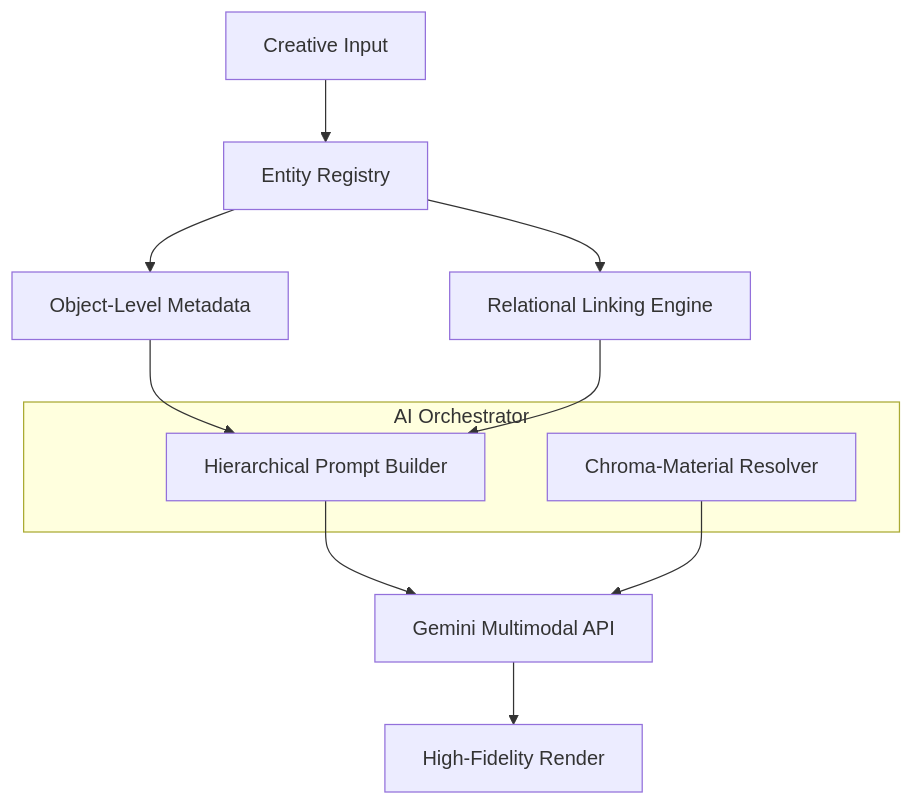
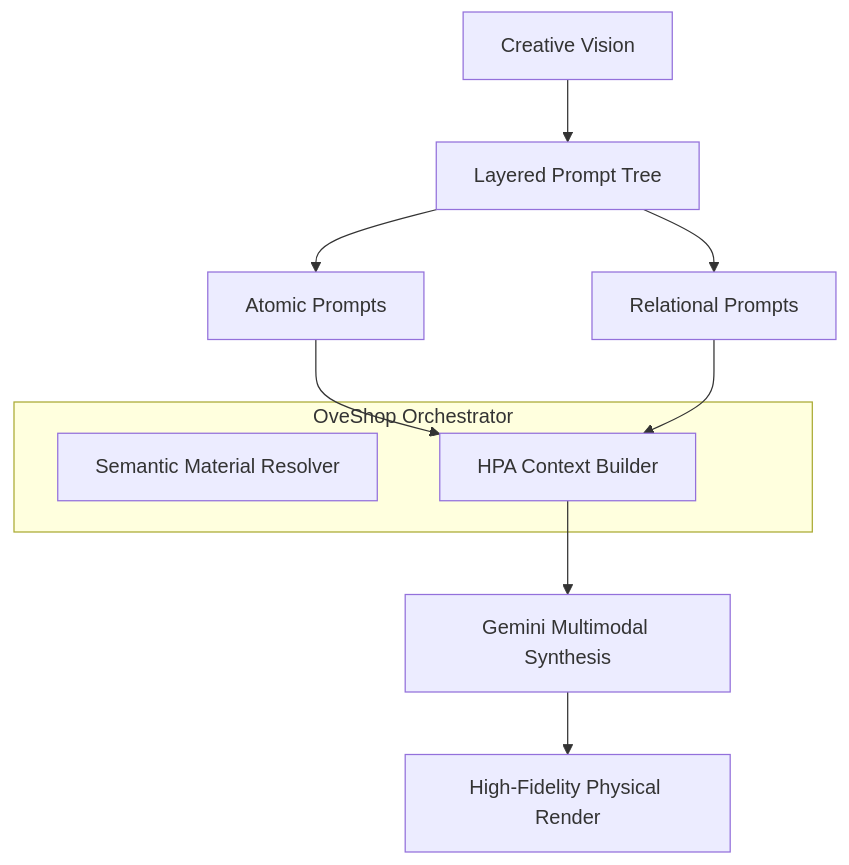
The diagram in ARCHITECTURE.md (JoelBeja2000/OveShop), drawn with Mermaid before and after one commit. The commit also changed other lines of this file and 2 other files, not shown here.

````diff
--- a/ARCHITECTURE.md
+++ b/ARCHITECTURE.md
@@ -23,15 +33,15 @@
 ```mermaid
 graph TD
-    UI[Creative Input] --> Registry[Entity Registry]
-    Registry --> Meta[Object-Level Metadata]
-    Registry --> Relation[Relational Linking Engine]
+    User[Creative Vision] --> Layers[Layered Prompt Tree]
+    Layers --> Meta[Atomic Prompts]
+    Layers --> Links[Relational Prompts]
     
-    subgraph SynthesisEngine[AI Orchestrator]
-        HPA[Hierarchical Prompt Builder]
-        Chroma[Chroma-Material Resolver]
+    subgraph Engine[OveShop Orchestrator]
+        Resolver[Semantic Material Resolver]
+        HPABuilder[HPA Context Builder]
     end
     
-    Meta & Relation --> HPA
-    HPA & Chroma --> Gemini[Gemini Multimodal API]
-    Gemini --> Render[High-Fidelity Render]
+    Meta & Links --> HPABuilder
+    HPABuilder --> GeminiPro[Gemini Multimodal Synthesis]
+    GeminiPro --> Result[High-Fidelity Physical Render]
 ```
````
